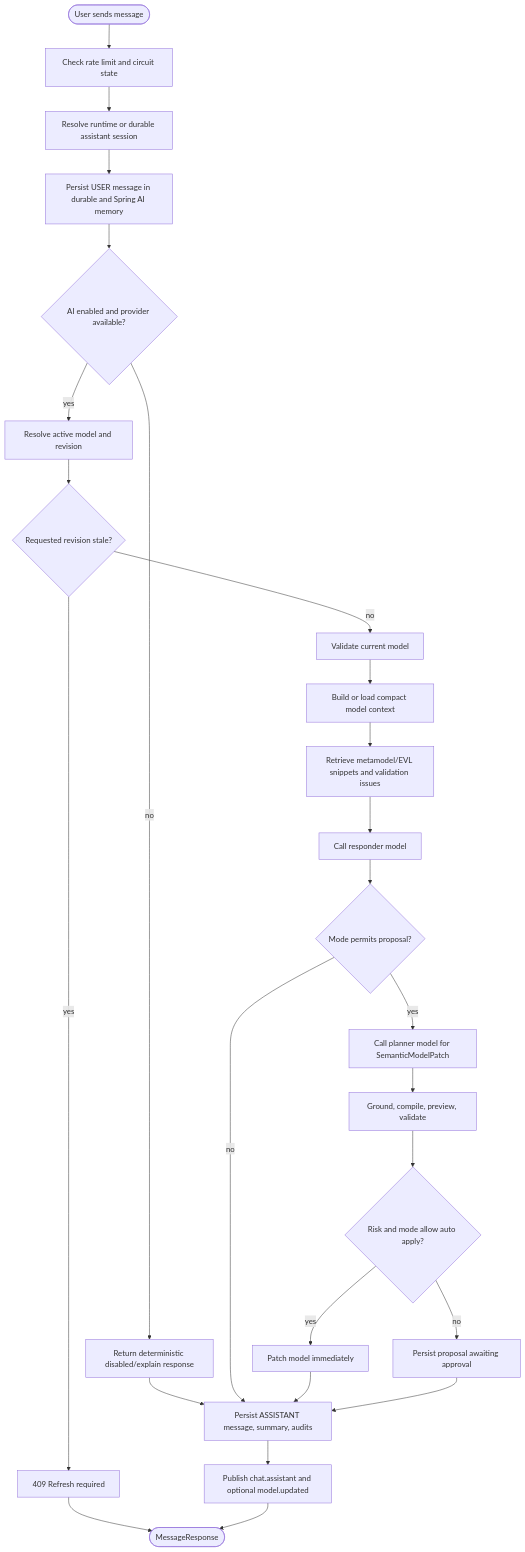
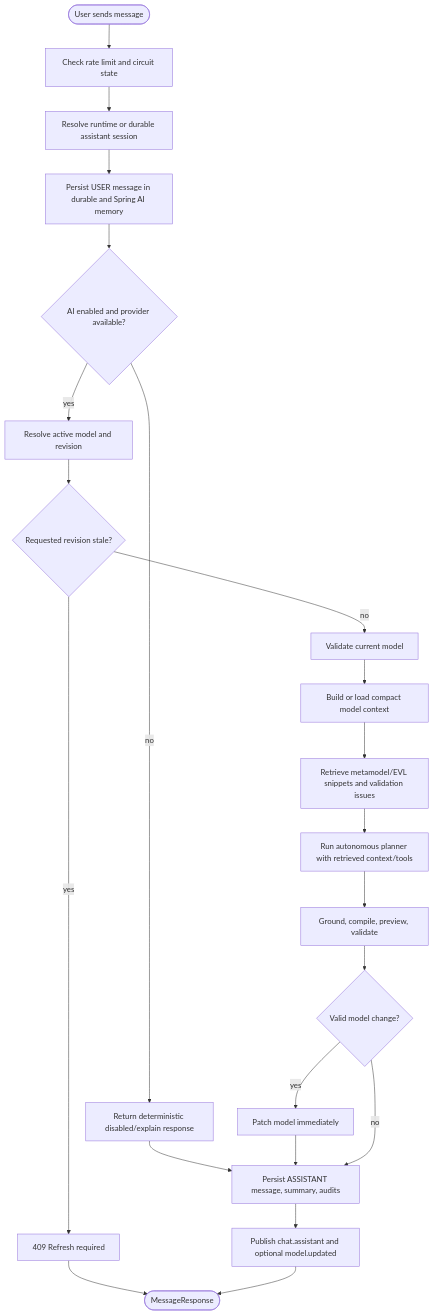
Before and after one commit to mehdieidi/modriss: the first of 4 diagrams in docs/diagrams/15-ai-assistant-turn-and-proposal.md, drawn with Mermaid. The commit also changed other lines of this file and 46 other files, not shown here.

````diff
--- a/docs/diagrams/15-ai-assistant-turn-and-proposal.md
+++ b/docs/diagrams/15-ai-assistant-turn-and-proposal.md
@@ -5,35 +5,30 @@
 ```mermaid
 flowchart TD
     start([User sends message])
     rate["Check rate limit and circuit state"]
     session["Resolve runtime or durable assistant session"]
     saveUser["Persist USER message in durable and Spring AI memory"]
     enabled{"AI enabled and provider available?"}
     disabled["Return deterministic disabled/explain response"]
     load["Resolve active model and revision"]
     conflict{"Requested revision stale?"}
     validate["Validate current model"]
     snapshot["Build or load compact model context"]
     retrieve["Retrieve metamodel/EVL snippets and validation issues"]
-    respond["Call responder model"]
-    proposalMode{"Mode permits proposal?"}
-    plan["Call planner model for SemanticModelPatch"]
+    plan["Run autonomous planner with retrieved context/tools"]
     compile["Ground, compile, preview, validate"]
-    risk{"Risk and mode allow auto apply?"}
-    auto["Patch model immediately"]
-    propose["Persist proposal awaiting approval"]
+    valid{"Valid model change?"}
+    apply["Patch model immediately"]
     final["Persist ASSISTANT message, summary, audits"]
     publish["Publish chat.assistant and optional model.updated"]
     done([MessageResponse])
 
     start --> rate --> session --> saveUser --> enabled
     enabled -- no --> disabled --> final
     enabled -- yes --> load --> conflict
     conflict -- yes --> stale["409 Refresh required"] --> done
-    conflict -- no --> validate --> snapshot --> retrieve --> respond --> proposalMode
-    proposalMode -- no --> final
-    proposalMode -- yes --> plan --> compile --> risk
-    risk -- yes --> auto --> final
-    risk -- no --> propose --> final
+    conflict -- no --> validate --> snapshot --> retrieve --> plan --> compile --> valid
+    valid -- yes --> apply --> final
+    valid -- no --> final
     final --> publish --> done
 ```
````
